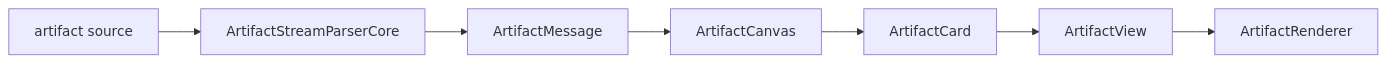
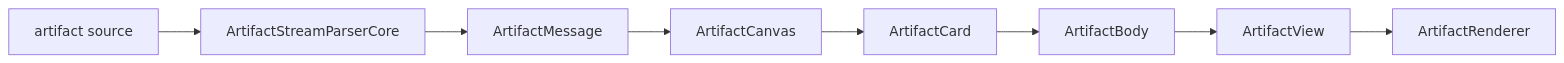
Before and after one commit to 1amageek/web-artifact: the first of 3 diagrams in README.md, drawn with Mermaid. The commit also changed other lines of this file and 8 other files, not shown here.

Commit message:
Add standalone artifact body scroll chrome

````diff
--- a/README.md
+++ b/README.md
@@ -11,9 +11,10 @@
 ```mermaid
 flowchart LR
   A["artifact source"] --> B["ArtifactStreamParserCore"]
   B --> C["ArtifactMessage"]
   C --> D["ArtifactCanvas"]
   D --> E["ArtifactCard"]
-  E --> F["ArtifactView"]
-  F --> G["ArtifactRenderer"]
+  E --> F["ArtifactBody"]
+  F --> G["ArtifactView"]
+  G --> H["ArtifactRenderer"]
 ```
````
